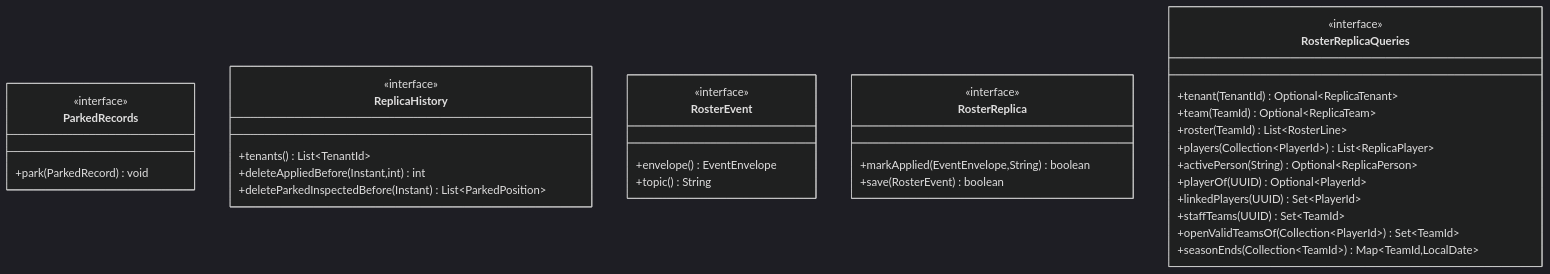
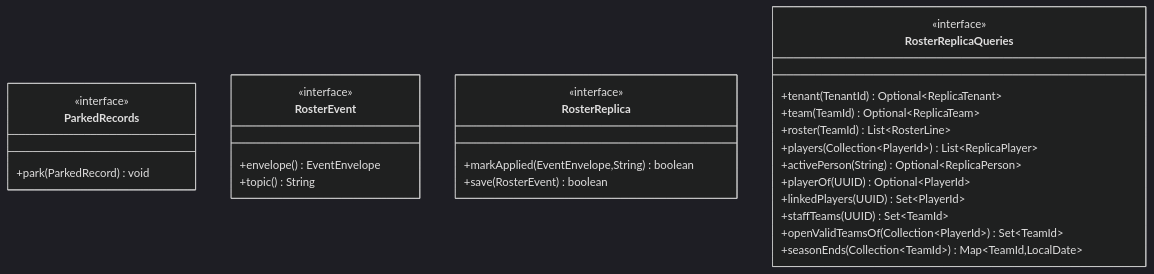
The eighth of 8 diagrams in docs/domain/game-model.md (davidbejar/hoops-academy), drawn with Mermaid (dark theme) before and after one commit. The commit also changed 1 other file, not shown here.

Commit message:
docs(domain): model diagrams regenerated after ReplicaHistory moved to common-quarkus (WP98)

````diff
--- a/docs/domain/game-model.md
+++ b/docs/domain/game-model.md
@@ -569,36 +569,30 @@
 ```mermaid
 classDiagram
     class ParkedRecords {
         <<interface>>
         +park(ParkedRecord) void
-    }
-    class ReplicaHistory {
-        <<interface>>
-        +tenants() List~TenantId~
-        +deleteAppliedBefore(Instant,int) int
-        +deleteParkedInspectedBefore(Instant) List~ParkedPosition~
     }
     class RosterEvent {
         <<interface>>
         +envelope() EventEnvelope
         +topic() String
     }
     class RosterReplica {
         <<interface>>
         +markApplied(EventEnvelope,String) boolean
         +save(RosterEvent) boolean
     }
     class RosterReplicaQueries {
         <<interface>>
         +tenant(TenantId) Optional~ReplicaTenant~
         +team(TeamId) Optional~ReplicaTeam~
         +roster(TeamId) List~RosterLine~
         +players(Collection~PlayerId~) List~ReplicaPlayer~
         +activePerson(String) Optional~ReplicaPerson~
         +playerOf(UUID) Optional~PlayerId~
         +linkedPlayers(UUID) Set~PlayerId~
         +staffTeams(UUID) Set~TeamId~
         +openValidTeamsOf(Collection~PlayerId~) Set~TeamId~
         +seasonEnds(Collection~TeamId~) Map~TeamId,LocalDate~
     }
 ```
````
